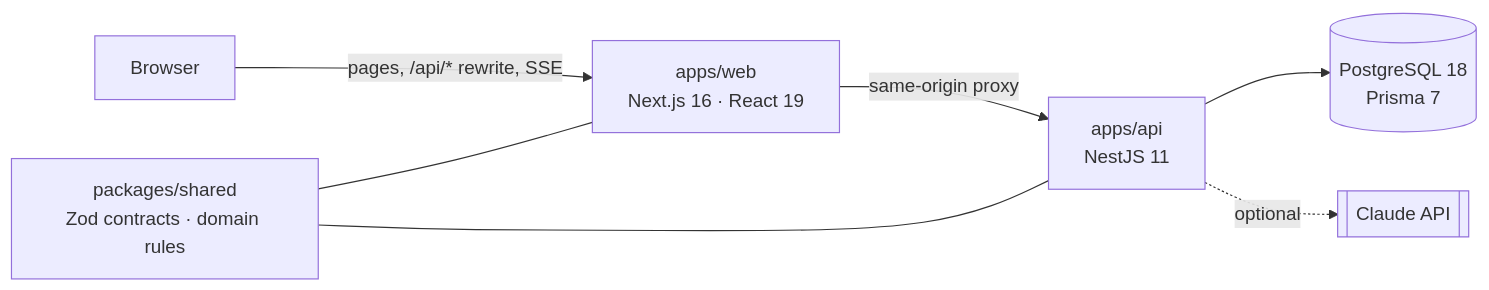
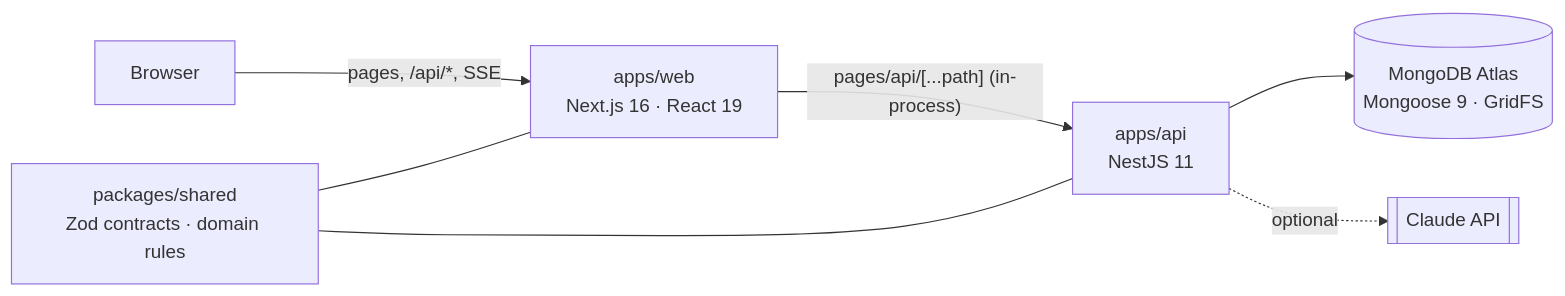
The diagram in README.md (Shanidashaji/nova-studio), drawn with Mermaid before and after one commit. The commit also changed other lines of this file and 122 other files, not shown here.

````diff
--- a/README.md
+++ b/README.md
@@ -81,9 +81,9 @@
 ```mermaid
 flowchart LR
-  B[Browser] -->|pages, /api/* rewrite, SSE| W["apps/web<br/>Next.js 16 · React 19"]
-  W -->|same-origin proxy| A["apps/api<br/>NestJS 11"]
-  A --> D[(PostgreSQL 18<br/>Prisma 7)]
+  B[Browser] -->|pages, /api/*, SSE| W["apps/web<br/>Next.js 16 · React 19"]
+  W -->|"pages/api/[...path] (in-process)"| A["apps/api<br/>NestJS 11"]
+  A --> D[(MongoDB Atlas<br/>Mongoose 9 · GridFS)]
   A -. optional .-> C[[Claude API]]
   S["packages/shared<br/>Zod contracts · domain rules"] --- W
   S --- A
 ```
````
